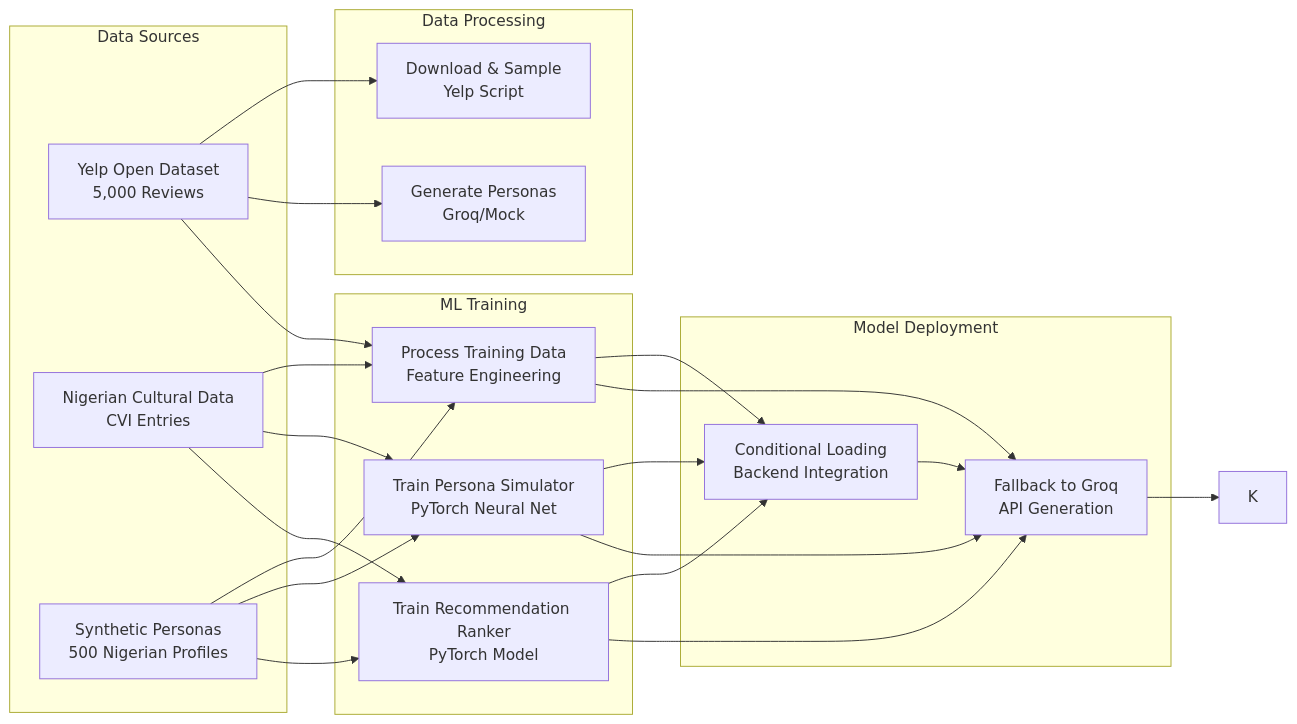
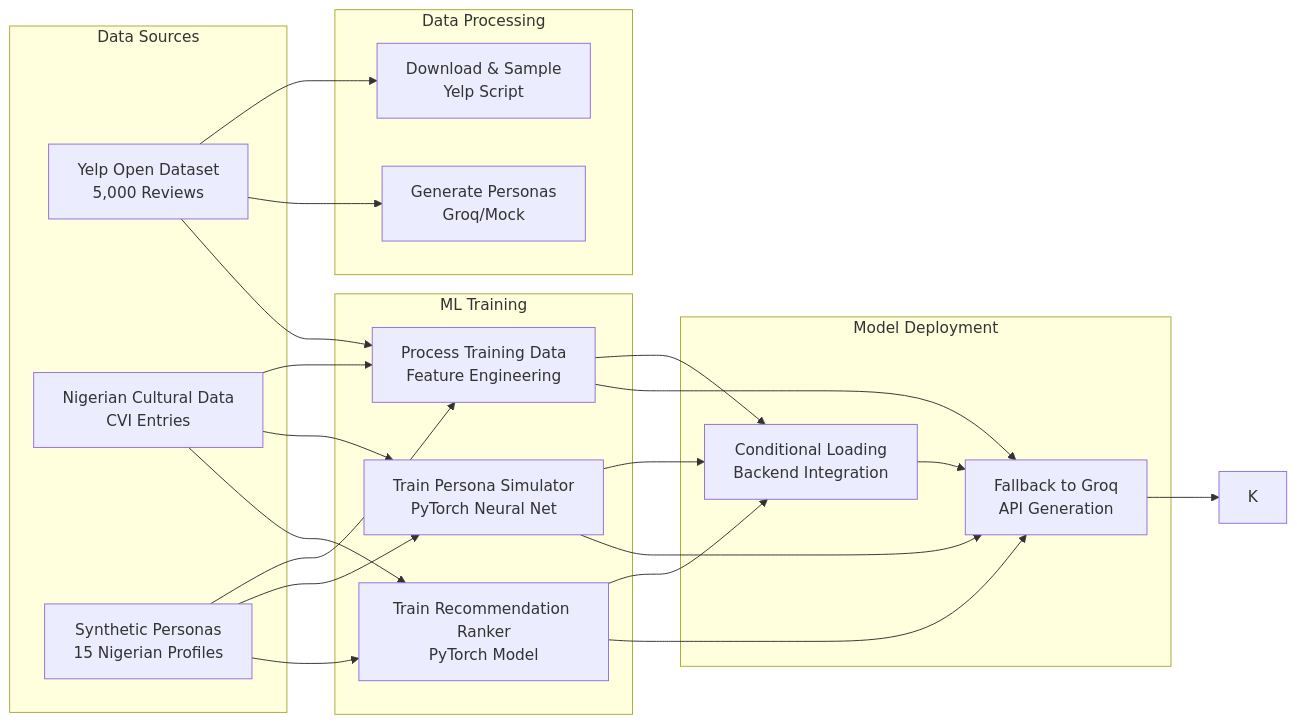
Before and after one commit to austinLorenzMccoy/naija-oracle: the diagram in README.md, drawn with Mermaid. The commit also changed other lines of this file and 1 other file, not shown here.

````diff
--- a/README.md
+++ b/README.md
@@ -86,42 +86,42 @@
 ```mermaid
 graph LR
     subgraph "Data Sources"
         A[Yelp Open Dataset<br/>5,000 Reviews]
         B[Nigerian Cultural Data<br/>CVI Entries]
-        C[Synthetic Personas<br/>500 Nigerian Profiles]
+        C[Synthetic Personas<br/>15 Nigerian Profiles]
     end
     
     subgraph "Data Processing"
         D[Download & Sample<br/>Yelp Script]
         E[Generate Personas<br/>Groq/Mock]
     end
     
     subgraph "ML Training"
         F[Process Training Data<br/>Feature Engineering]
         G[Train Persona Simulator<br/>PyTorch Neural Net]
         H[Train Recommendation Ranker<br/>PyTorch Model]
     end
     
     subgraph "Model Deployment"
         I[Conditional Loading<br/>Backend Integration]
         J[Fallback to Groq<br/>API Generation]
     end
     
     A --> D
     A --> E
     A --> F
     B --> F
     B --> G
     B --> H
     C --> F
     C --> G
     C --> H
     F --> I
     F --> J
     G --> I
     G --> J
     H --> I
     H --> J
     I --> J
     J --> K
 ```
````
